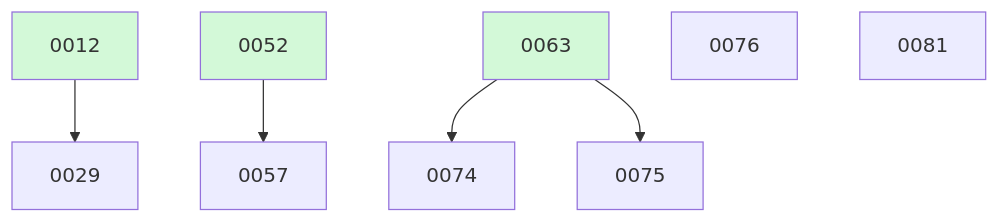
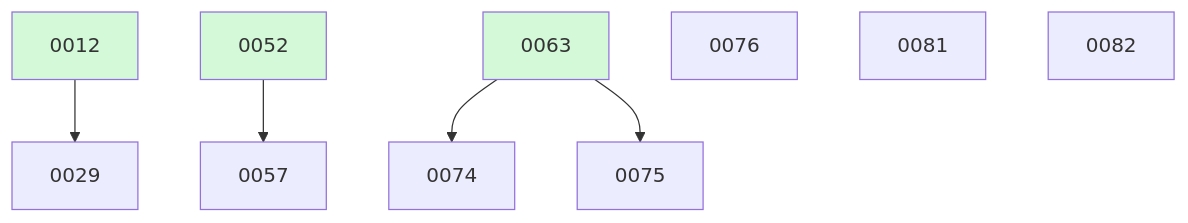
Before and after one commit to ethanhinson/fuse: the diagram in docs/changes/BOARD.md, drawn with Mermaid. The commit also changed other lines of this file, not shown here.

````diff
--- a/docs/changes/BOARD.md
+++ b/docs/changes/BOARD.md
@@ -26,13 +27,14 @@
 ```mermaid
 graph TD
   0012 --> 0029
   0052 --> 0057
   0063 --> 0074
   0063 --> 0075
   0076
   0081
+  0082
   0012:::done
   0052:::done
   0063:::done
   classDef done fill:#d3f9d8;
 ```
````
